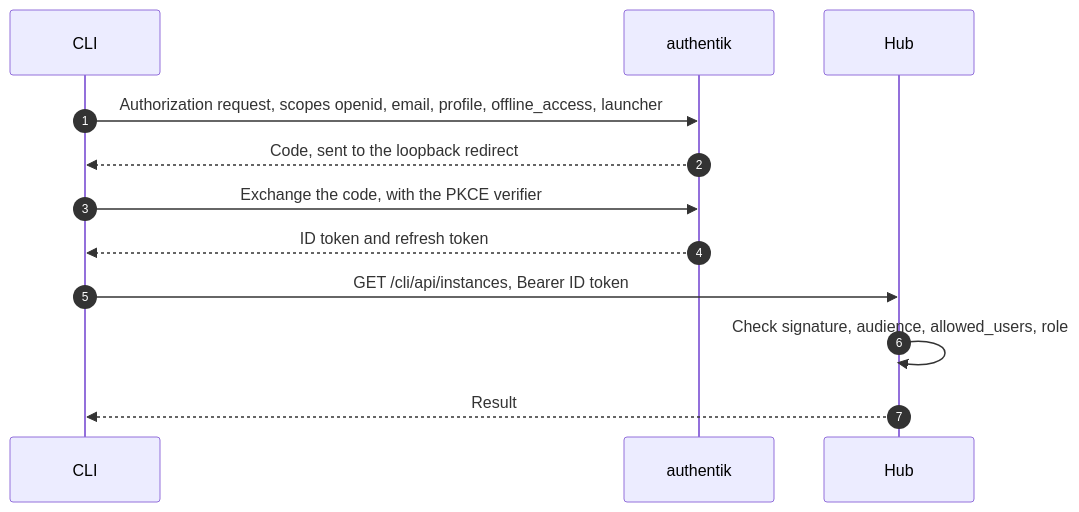
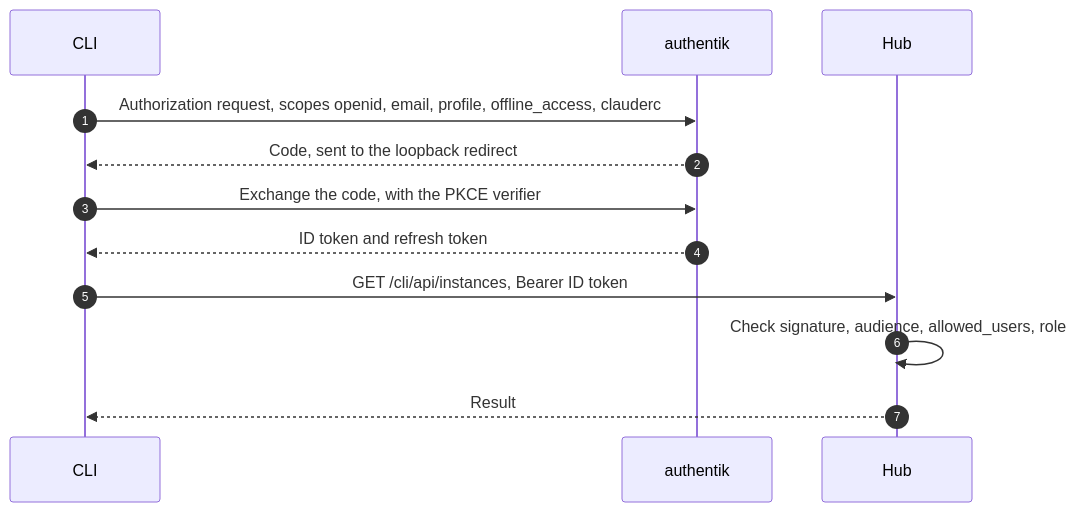
Before and after one commit to kbirger/claude-rc-launcher: the third of 5 diagrams in docs/auth-architecture.md, drawn with Mermaid. The commit also changed other lines of this file and 13 other files, not shown here.

````diff
--- a/docs/auth-architecture.md
+++ b/docs/auth-architecture.md
@@ -87,14 +87,14 @@
 ```mermaid
 sequenceDiagram
   autonumber
   participant C as CLI
   participant A as authentik
   participant H as Hub
-  C->>A: Authorization request, scopes openid, email, profile, offline_access, launcher
+  C->>A: Authorization request, scopes openid, email, profile, offline_access, clauderc
   A-->>C: Code, sent to the loopback redirect
   C->>A: Exchange the code, with the PKCE verifier
   A-->>C: ID token and refresh token
   C->>H: GET /cli/api/instances, Bearer ID token
   H->>H: Check signature, audience, allowed_users, role
   H-->>C: Result
 ```
````
